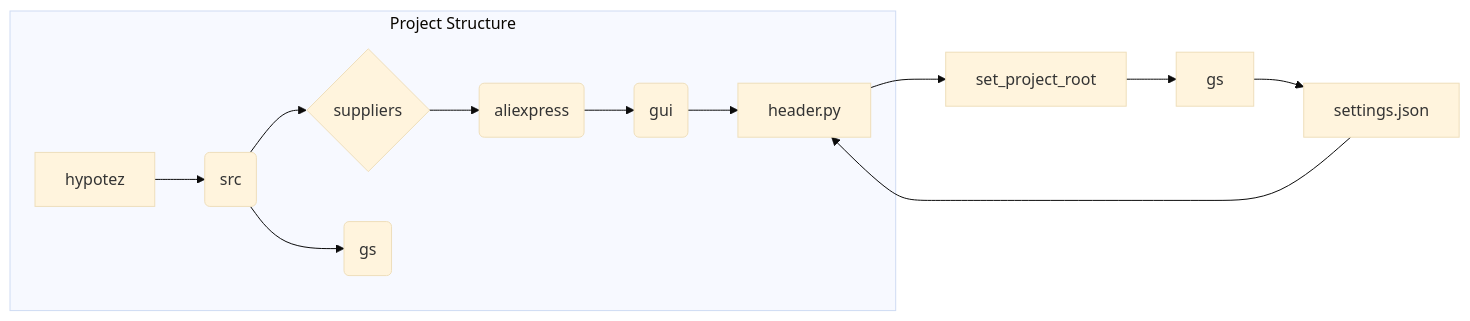
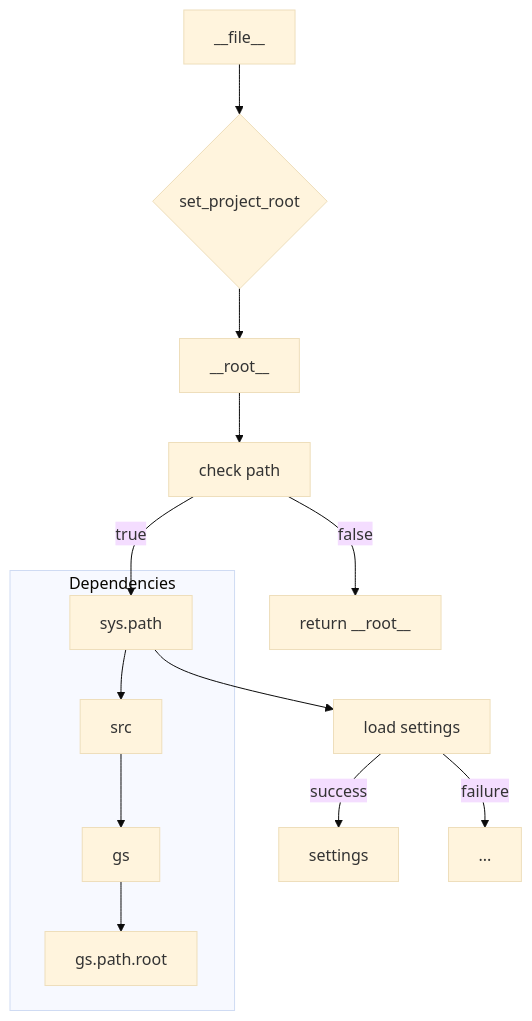
One commit to hypo69/hypo changed the diagram in docs/gemini/ru/explainer/src/suppliers/aliexpress/gui/header.md. Above: the diagram before and after it, drawn with Mermaid (base theme). The commit also changed other lines of this file and 468 other files, not shown here.

````diff
--- a/docs/gemini/ru/explainer/src/suppliers/aliexpress/gui/header.md
+++ b/docs/gemini/ru/explainer/src/suppliers/aliexpress/gui/header.md
@@ -86,15 +81,16 @@
 ```mermaid
-graph LR
-    subgraph Project Structure
-        A[hypotez] --> B(src);
-        B --> C{suppliers};
-        C --> D(aliexpress);
-        D --> E(gui);
-        E --> F[header.py];
-        B --> G(gs);
+graph TD
+    A[__file__] --> B{set_project_root};
+    B --> C[__root__];
+    C --> D[check path];
+    D -- true --> E[sys.path];
+    D -- false --> F[return __root__];
+    E --> G[load settings];
+    G -- success --> H[settings];
+    G -- failure --> I[...];
+    subgraph "Dependencies"
+        E --> J[src];
+        J --> K[gs];
+        K --> L[gs.path.root];
     end
-    F --> H[set_project_root];
-    H --> I[gs];
-    I --> J[settings.json];
-    J --> F;
 ```
````
